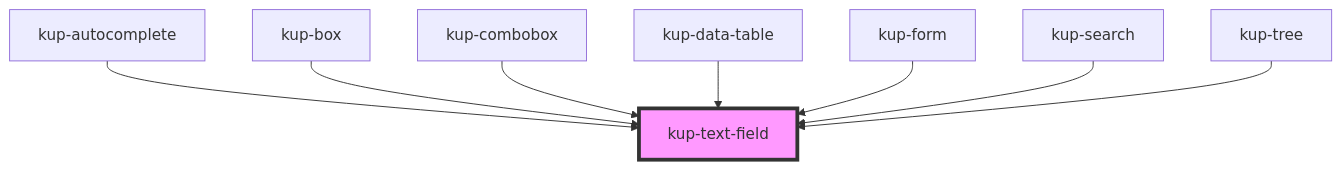
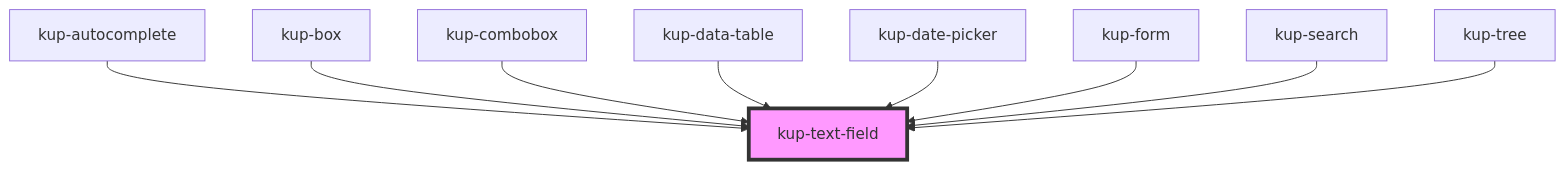
One commit to smeup/ketchup changed the diagram in packages/ketchup/src/components/kup-text-field/readme.md. Above: the diagram before and after it, drawn with Mermaid. The commit also changed other lines of this file and 9 other files, not shown here.

````diff
--- a/packages/ketchup/src/components/kup-text-field/readme.md
+++ b/packages/ketchup/src/components/kup-text-field/readme.md
@@ -81,11 +82,12 @@
 ```mermaid
 graph TD;
   kup-autocomplete --> kup-text-field
   kup-box --> kup-text-field
   kup-combobox --> kup-text-field
   kup-data-table --> kup-text-field
+  kup-date-picker --> kup-text-field
   kup-form --> kup-text-field
   kup-search --> kup-text-field
   kup-tree --> kup-text-field
   style kup-text-field fill:#f9f,stroke:#333,stroke-width:4px
 ```
````
